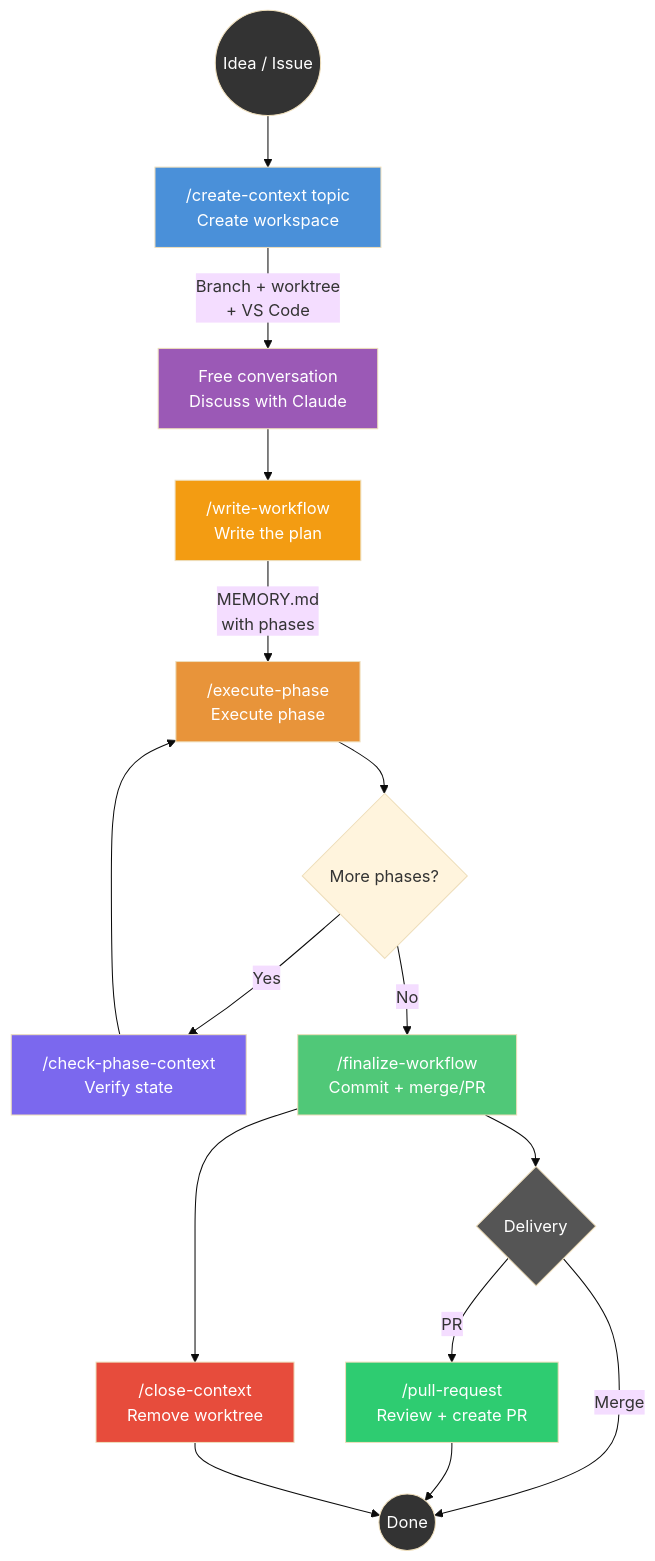
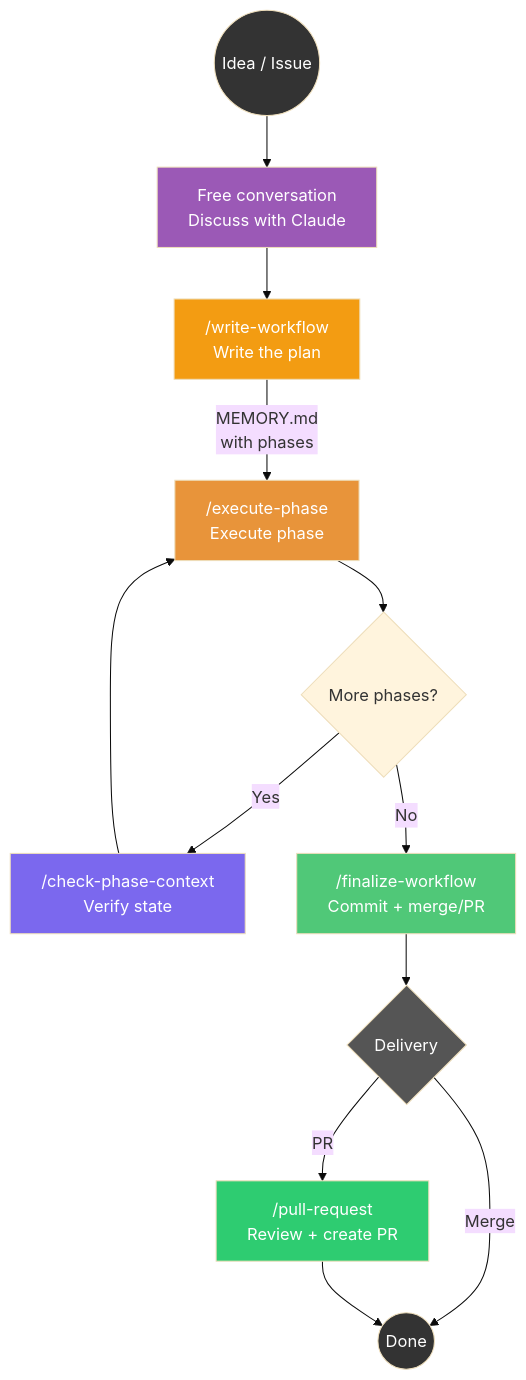
Before and after one commit to fporcari/claude-phased-workflow: the first of 2 diagrams in README.md, drawn with Mermaid (base theme). The commit also changed other lines of this file and 10 other files, not shown here.

First line of the commit message:
Sync skills from local, clarify create-context is optional

````diff
--- a/README.md
+++ b/README.md
@@ -7,29 +7,24 @@
 ```mermaid
 flowchart TD
-    START((Idea / Issue)) --> CC["/create-context topic\nCreate workspace"]
-    CC --> |"Branch + worktree\n+ VS Code"| CONV["Free conversation\nDiscuss with Claude"]
+    START((Idea / Issue)) --> CONV["Free conversation\nDiscuss with Claude"]
     CONV --> WW["/write-workflow\nWrite the plan"]
     WW --> |"MEMORY.md\nwith phases"| EP["/execute-phase\nExecute phase"]
     EP --> CHECK{More phases?}
     CHECK --> |Yes| CPC["/check-phase-context\nVerify state"]
     CPC --> EP
     CHECK --> |No| FW["/finalize-workflow\nCommit + merge/PR"]
     FW --> PR{Delivery}
     PR --> |PR| PULL["/pull-request\nReview + create PR"]
     PR --> |Merge| DONE((Done))
     PULL --> DONE
-    FW --> CLOSE["/close-context\nRemove worktree"]
-    CLOSE --> DONE
 
-    style CC fill:#4a90d9,color:#fff
     style CONV fill:#9b59b6,color:#fff
     style WW fill:#f39c12,color:#fff
     style EP fill:#e8943a,color:#fff
     style CPC fill:#7b68ee,color:#fff
     style FW fill:#50c878,color:#fff
     style PULL fill:#2ecc71,color:#fff
-    style CLOSE fill:#e74c3c,color:#fff
     style START fill:#333,color:#fff
     style DONE fill:#333,color:#fff
     style PR fill:#555,color:#fff
 ```
````
